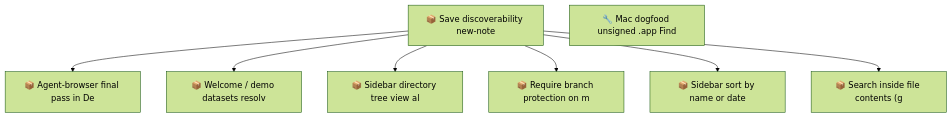
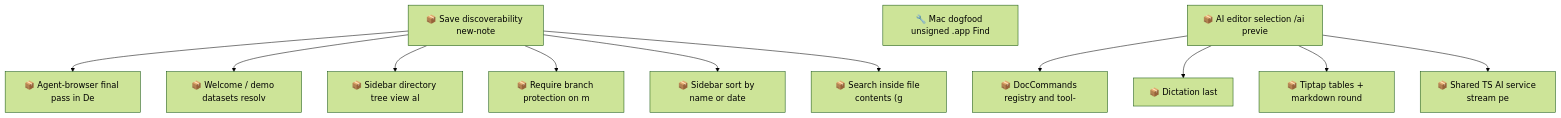
Before and after one commit to SpillwaveSolutions/motion: the second of 2 diagrams in docs/roadmap.md, drawn with Mermaid (forest theme). The commit also changed other lines of this file and 35 other files, not shown here.

````diff
--- a/docs/roadmap.md
+++ b/docs/roadmap.md
@@ -84,17 +113,26 @@
 ```mermaid
 graph TD
     01KYQYYN3SBWDT25TC6H3G4EAA["📦 Save discoverability new-note"]
     01KYQYYN3T2SSGG33ESEWPXKH8["📦 Agent-browser final pass in De"]
     01KYQYYN3T3VB8RCTMJJ13FK2H["📦 Welcome / demo datasets resolv"]
     01KYQYYN3T5W49QH05WCCYX7CE["📦 Sidebar directory tree view al"]
     01KYQYYN3T731B57N8NXQ8C0FQ["📦 Require branch protection on m"]
     01KYQYYN3TA69K8848E483HC82["📦 Sidebar sort by name or date"]
     01KYQYYN3TKW93D9SVW07VKFZY["📦 Search inside file contents (g"]
     01M18Q560MPAYQJTA0W6F4DAW3["🔧 Mac dogfood unsigned .app Find"]
+    01M18R79ZM3BMYZ56C7P874YN1["📦 DocCommands registry and tool-"]
+    01M18R79ZM90HJ0MBG3CX6VW7E["📦 Dictation last"]
+    01M18R79ZMK0DX0PE2DPWMZ60D["📦 Tiptap tables + markdown round"]
+    01M18R79ZMKBXK2PGWR6911MJQ["📦 Shared TS AI service stream pe"]
+    01M18R79ZMN53CMV76JFHKVEFN["📦 AI editor selection /ai previe"]
     01KYQYYN3SBWDT25TC6H3G4EAA --> 01KYQYYN3T2SSGG33ESEWPXKH8
     01KYQYYN3SBWDT25TC6H3G4EAA --> 01KYQYYN3T3VB8RCTMJJ13FK2H
     01KYQYYN3SBWDT25TC6H3G4EAA --> 01KYQYYN3T5W49QH05WCCYX7CE
     01KYQYYN3SBWDT25TC6H3G4EAA --> 01KYQYYN3T731B57N8NXQ8C0FQ
     01KYQYYN3SBWDT25TC6H3G4EAA --> 01KYQYYN3TA69K8848E483HC82
     01KYQYYN3SBWDT25TC6H3G4EAA --> 01KYQYYN3TKW93D9SVW07VKFZY
+    01M18R79ZMN53CMV76JFHKVEFN --> 01M18R79ZM3BMYZ56C7P874YN1
+    01M18R79ZMN53CMV76JFHKVEFN --> 01M18R79ZM90HJ0MBG3CX6VW7E
+    01M18R79ZMN53CMV76JFHKVEFN --> 01M18R79ZMK0DX0PE2DPWMZ60D
+    01M18R79ZMN53CMV76JFHKVEFN --> 01M18R79ZMKBXK2PGWR6911MJQ
 ```
````
